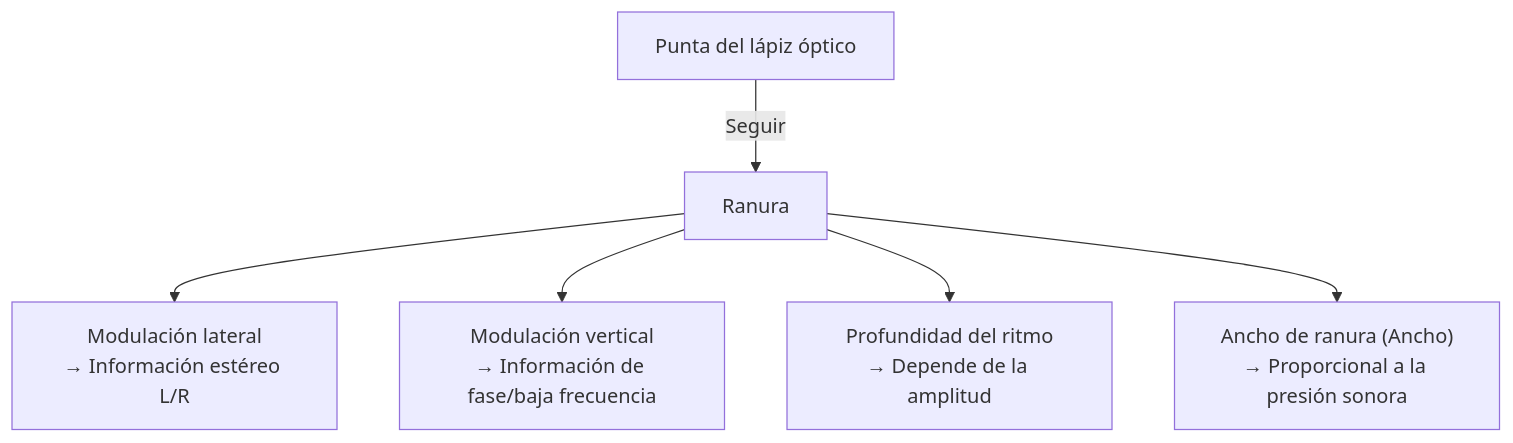
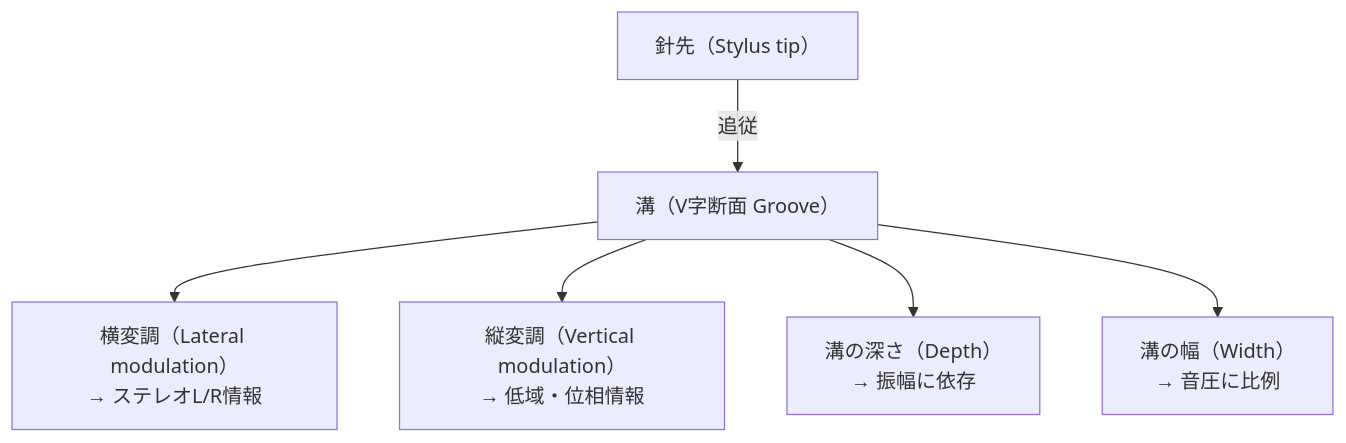
Before and after one commit to monumental-movement/monumental-movement.github.io: the second of 3 diagrams in es/_posts/2025-10-11-Colum-10-Inch-Vinyl-Tech.md, drawn with Mermaid. The commit also changed other lines of this file and 299 other files, not shown here.

```diff
--- a/es/_posts/2025-10-11-Colum-10-Inch-Vinyl-Tech.md
+++ b/es/_posts/2025-10-11-Colum-10-Inch-Vinyl-Tech.md
@@ -195,17 +195,17 @@
 <div class="mermaid">
 
 flowchart TB
-    S["Punta del lápiz óptico"]
-    G["Ranura"]
-    L["Modulación lateral\n→ Información estéreo L/R"]
-    V["Modulación vertical\n→ Información de fase/baja frecuencia"]
-    D["Profundidad del ritmo\n→ Depende de la amplitud"]
-    W["Ancho de ranura (Ancho)\n→ Proporcional a la presión sonora"]
+    S["針先（Stylus tip）"]
+    G["溝（V字断面 Groove）"]
+    L["横変調（Lateral modulation）\n→ ステレオL/R情報"]
+    V["縦変調（Vertical modulation）\n→ 低域・位相情報"]
+    D["溝の深さ（Depth）\n→ 振幅に依存"]
+    W["溝の幅（Width）\n→ 音圧に比例"]
 
-    S -->|Seguir| G
+    S -->|追従| G
     G --> L
     G --> V
     G --> D
     G --> W
 
 </div>
```
